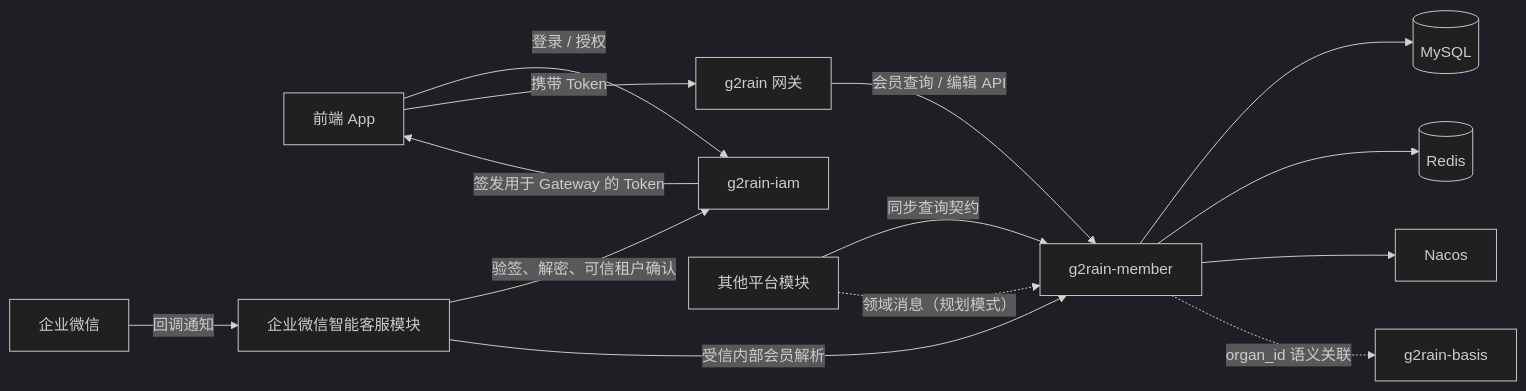
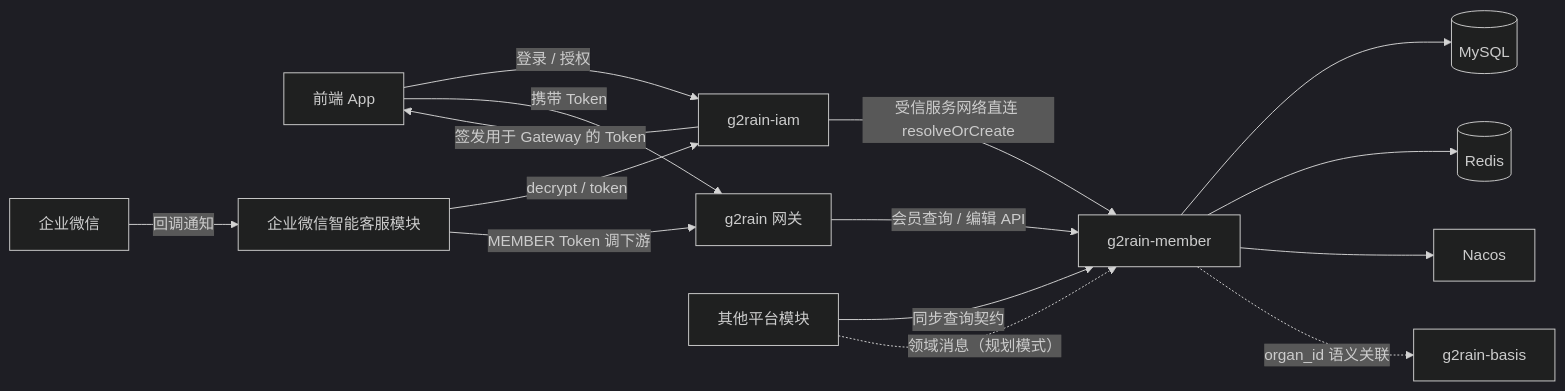
One commit to g2rain/g2rain-member changed the diagram in docs/architecture/overview.md. Above: the diagram before and after it, drawn with Mermaid (dark theme). The commit also changed other lines of this file and 19 other files, not shown here.

````diff
--- a/docs/architecture/overview.md
+++ b/docs/architecture/overview.md
@@ -18,16 +18,17 @@
 ```mermaid
 flowchart LR
   App[前端 App] -->|登录 / 授权| IAM[g2rain-iam]
   IAM -->|签发用于 Gateway 的 Token| App
   App -->|携带 Token| Gateway[g2rain 网关]
   Gateway -->|会员查询 / 编辑 API| Member[g2rain-member]
   Services[其他平台模块] -->|同步查询契约| Member
   Services -.->|领域消息（规划模式）| Member
   WeCom[企业微信] -->|回调通知| Connector[企业微信智能客服模块]
-  Connector -->|验签、解密、可信租户确认| IAM
-  Connector -->|受信内部会员解析| Member
+  Connector -->|decrypt / token| IAM
+  IAM -->|受信服务网络直连 resolveOrCreate| Member
+  Connector -->|MEMBER Token 调下游| Gateway
   Member --> MySQL[(MySQL)]
   Member --> Redis[(Redis)]
   Member --> Nacos[Nacos]
   Member -. organ_id 语义关联 .-> Basis[g2rain-basis]
 ```
````
